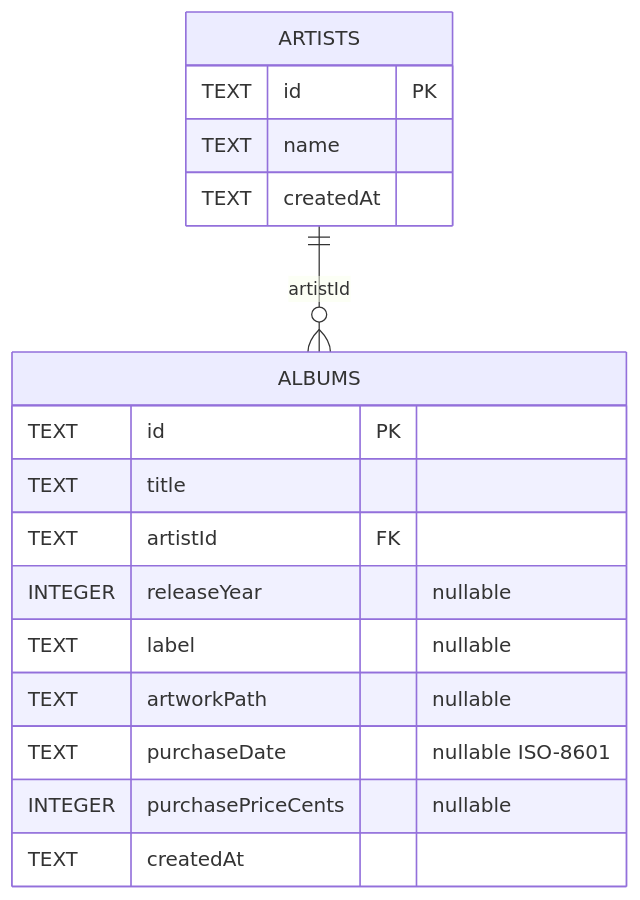
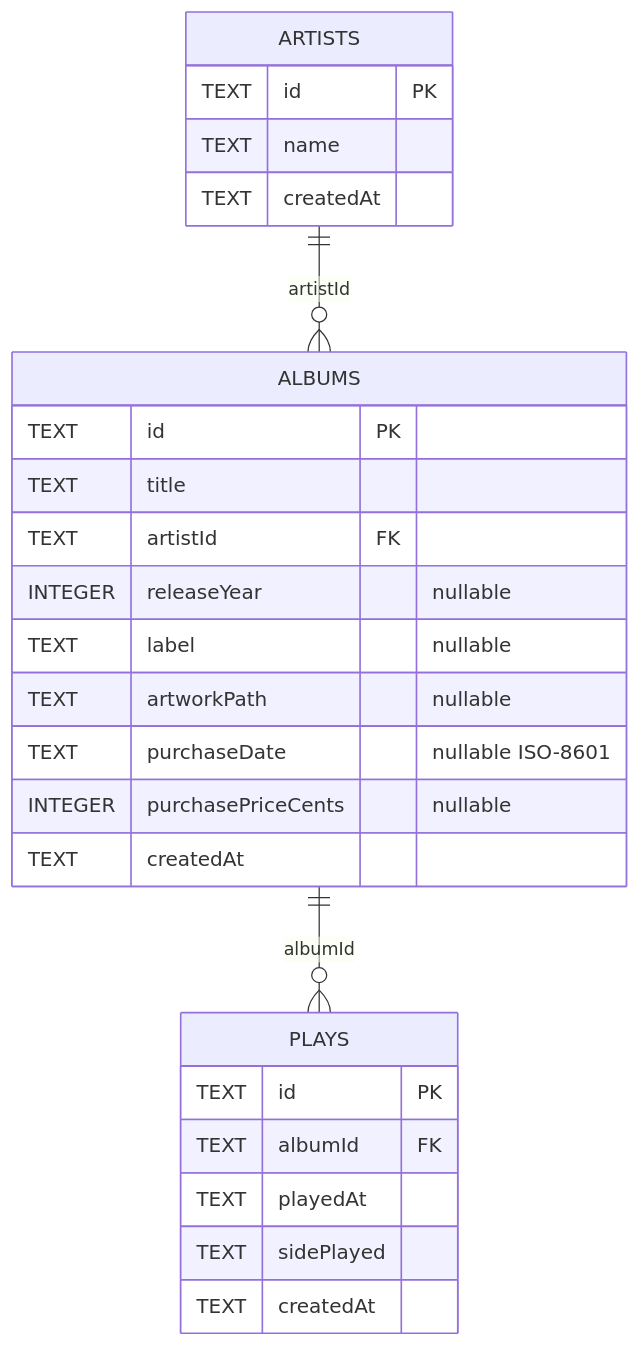
One commit to hunter-goller/Groovefolio changed the diagram in docs/architecture/database.md. Above: the diagram before and after it, drawn with Mermaid. The commit also changed other lines of this file and 24 other files, not shown here.

````diff
--- a/docs/architecture/database.md
+++ b/docs/architecture/database.md
@@ -34,22 +33,31 @@
 ```mermaid
 erDiagram
     ARTISTS ||--o{ ALBUMS : "artistId"
+    ALBUMS ||--o{ PLAYS : "albumId"
 
     ARTISTS {
         TEXT id PK
         TEXT name
         TEXT createdAt
     }
 
     ALBUMS {
         TEXT id PK
         TEXT title
         TEXT artistId FK
         INTEGER releaseYear "nullable"
         TEXT label "nullable"
         TEXT artworkPath "nullable"
         TEXT purchaseDate "nullable ISO-8601"
         INTEGER purchasePriceCents "nullable"
         TEXT createdAt
     }
+
+    PLAYS {
+        TEXT id PK
+        TEXT albumId FK
+        TEXT playedAt
+        TEXT sidePlayed
+        TEXT createdAt
+    }
 ```
````
